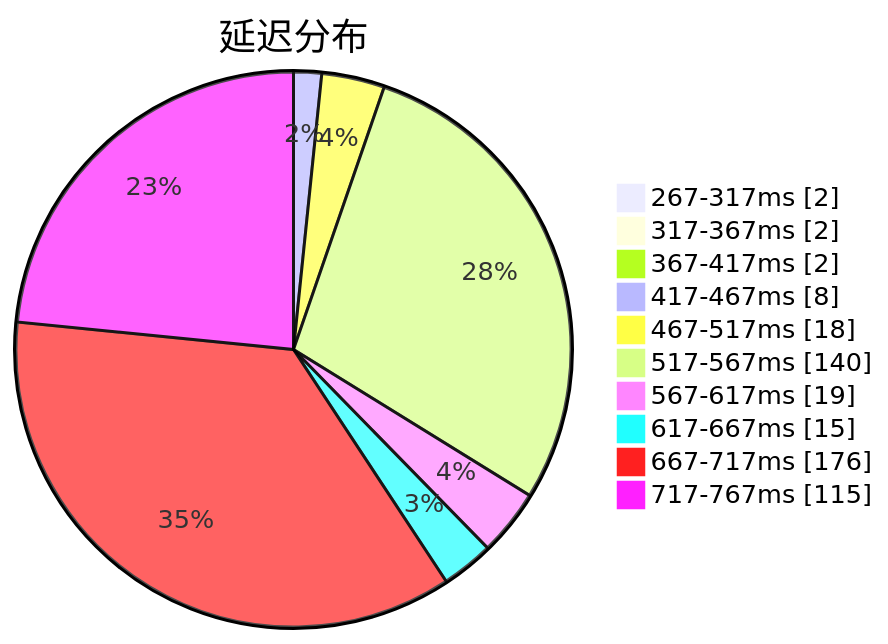
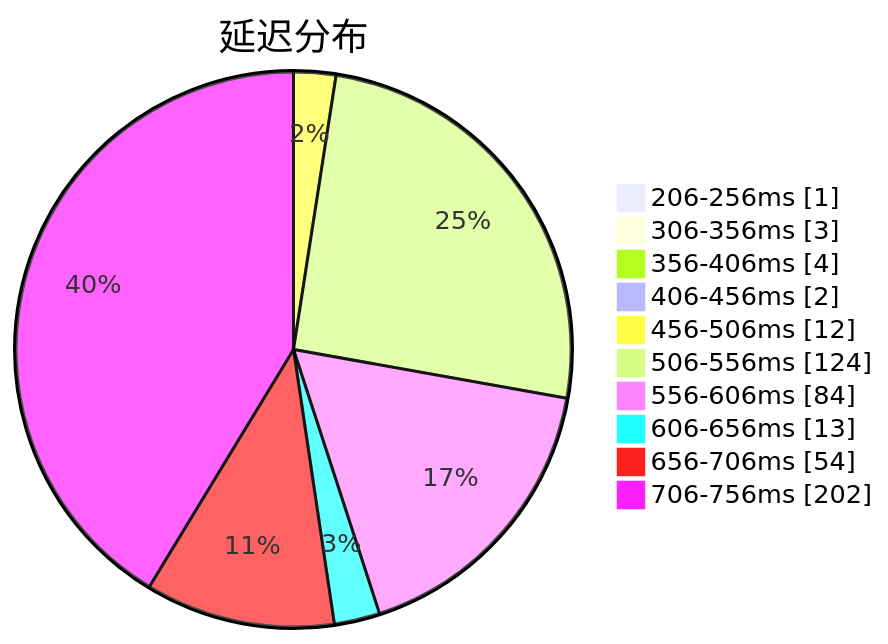
One commit to sinspired/airport changed the first of 3 diagrams in subs/statistics/tested_within.md. Above: the diagram before and after it, drawn with Mermaid. The commit also changed other lines of this file and 2 other files, not shown here.

````diff
--- a/subs/statistics/tested_within.md
+++ b/subs/statistics/tested_within.md
@@ -2,14 +2,14 @@
 ```mermaid
 pie showData
 title 延迟分布
-"267-317ms" : 2
-"317-367ms" : 2
-"367-417ms" : 2
-"417-467ms" : 8
-"467-517ms" : 18
-"517-567ms" : 140
-"567-617ms" : 19
-"617-667ms" : 15
-"667-717ms" : 176
-"717-767ms" : 115
+"206-256ms" : 1
+"306-356ms" : 3
+"356-406ms" : 4
+"406-456ms" : 2
+"456-506ms" : 12
+"506-556ms" : 124
+"556-606ms" : 84
+"606-656ms" : 13
+"656-706ms" : 54
+"706-756ms" : 202
 ```
````
